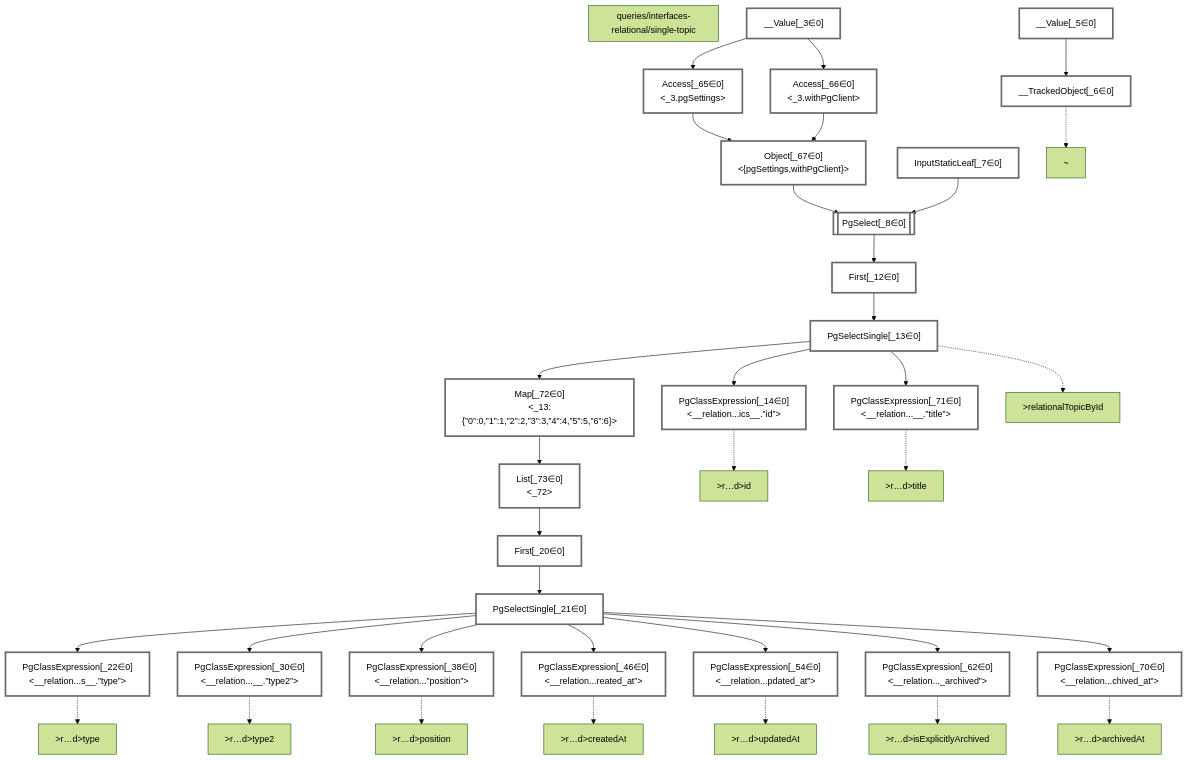
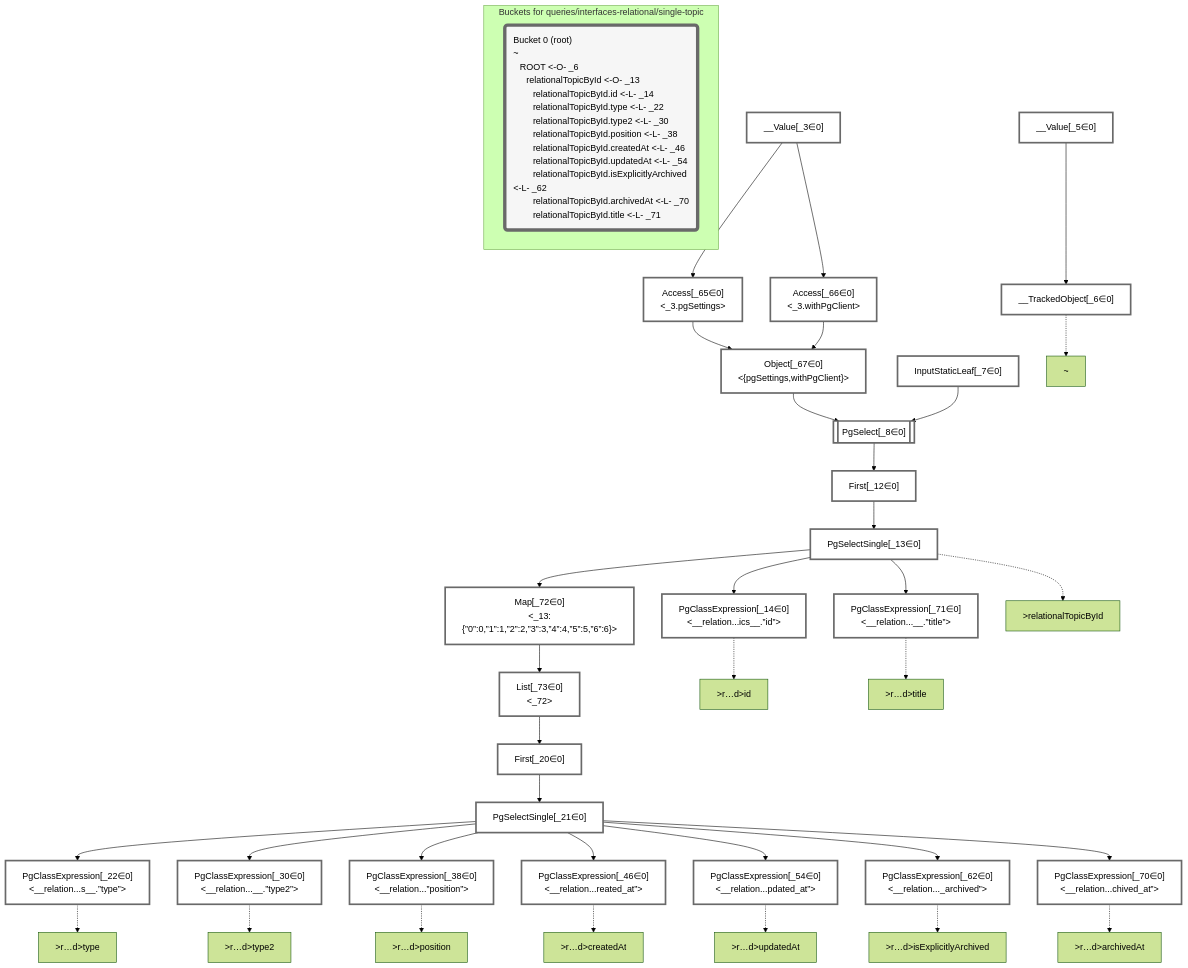
The diagram in packages/dataplan-pg/__tests__/queries/interfaces-relational/single-topic.mermaid.md (graphile/crystal), drawn with Mermaid (forest theme) before and after one commit. The commit also changed 37 other files, not shown here.

````diff
--- a/packages/dataplan-pg/__tests__/queries/interfaces-relational/single-topic.mermaid.md
+++ b/packages/dataplan-pg/__tests__/queries/interfaces-relational/single-topic.mermaid.md
@@ -1,7 +1,5 @@
 ```mermaid
 graph TD
-    subgraph "queries/interfaces-relational/single-topic"
-    end
     classDef path fill:#eee,stroke:#000,color:#000
     classDef plan fill:#fff,stroke-width:3px,color:#000
     classDef itemplan fill:#fff,stroke-width:6px,color:#000
@@ -85,4 +83,9 @@
     %% allocate buckets
     classDef bucket0 stroke:#696969
     class __Value_3,__Value_5,__TrackedObject_6,InputStaticLeaf_7,PgSelect_8,First_12,PgSelectSingle_13,PgClassExpression_14,First_20,PgSelectSingle_21,PgClassExpression_22,PgClassExpression_30,PgClassExpression_38,PgClassExpression_46,PgClassExpression_54,PgClassExpression_62,Access_65,Access_66,Object_67,PgClassExpression_70,PgClassExpression_71,Map_72,List_73 bucket0
+
+    subgraph "Buckets for queries/interfaces-relational/single-topic"
+    Bucket0("Bucket 0 (root)<br />~<br />⠀ROOT <-O- _6<br />⠀⠀relationalTopicById <-O- _13<br />⠀⠀⠀relationalTopicById.id <-L- _14<br />⠀⠀⠀relationalTopicById.type <-L- _22<br />⠀⠀⠀relationalTopicById.type2 <-L- _30<br />⠀⠀⠀relationalTopicById.position <-L- _38<br />⠀⠀⠀relationalTopicById.createdAt <-L- _46<br />⠀⠀⠀relationalTopicById.updatedAt <-L- _54<br />⠀⠀⠀relationalTopicById.isExplicitlyArchived <-L- _62<br />⠀⠀⠀relationalTopicById.archivedAt <-L- _70<br />⠀⠀⠀relationalTopicById.title <-L- _71"):::bucket
+    style Bucket0 stroke:#696969
+    end
 ```
````
